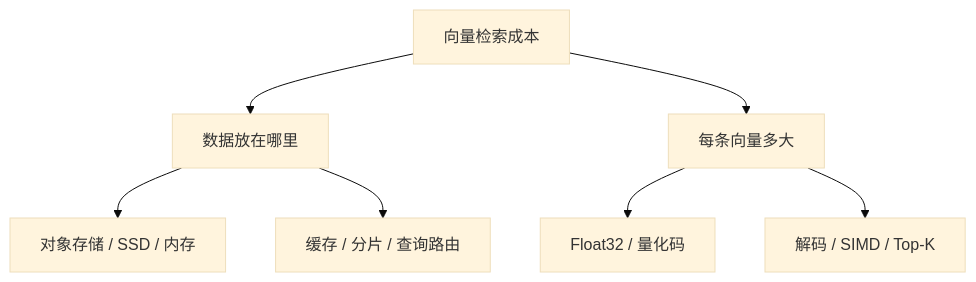
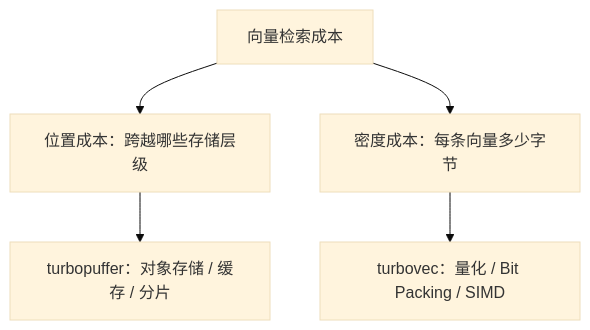
Before and after one commit to littlewwwhite/littlewwwhite.github.io: the first of 6 diagrams in content/posts/260726/index.md, drawn with Mermaid (base theme). The commit also changed other lines of this file and 3 other files, not shown here.

First line of the commit message:
post: refine turbopuffer and turbovec article (#8)

````diff
--- a/content/posts/260726/index.md
+++ b/content/posts/260726/index.md
@@ -49,9 +47,7 @@
 ```mermaid
 flowchart TB
-    A[向量检索成本] --> B[数据放在哪里]
-    A --> C[每条向量多大]
-    B --> B1[对象存储 / SSD / 内存]
-    B --> B2[缓存 / 分片 / 查询路由]
-    C --> C1[Float32 / 量化码]
-    C --> C2[解码 / SIMD / Top-K]
+    C["向量检索成本"] --> L["位置成本：跨越哪些存储层级"]
+    C --> D["密度成本：每条向量多少字节"]
+    L --> P["turbopuffer：对象存储 / 缓存 / 分片"]
+    D --> V["turbovec：量化 / Bit Packing / SIMD"]
 ```
````
